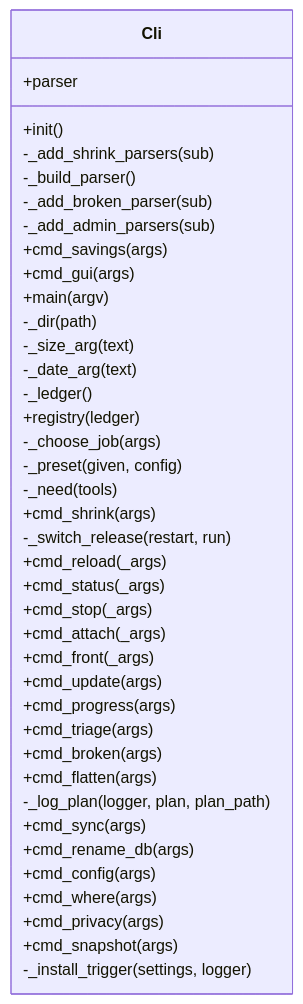
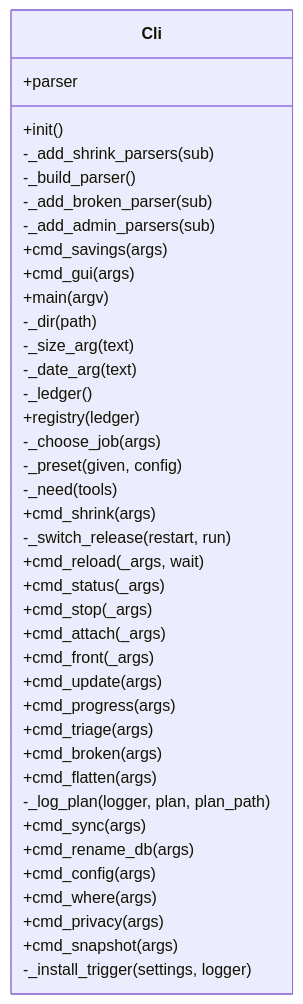
The diagram in docs/img/uml_cli.mmd (peddanet/mediatools), drawn with Mermaid before and after one commit. The commit also changed 42 other files, not shown here.

```diff
--- a/docs/img/uml_cli.mmd
+++ b/docs/img/uml_cli.mmd
@@ -1,41 +1,41 @@
 classDiagram
   direction LR
   class Cli {
     +parser
     +init()
     -_add_shrink_parsers(sub)
     -_build_parser()
     -_add_broken_parser(sub)
     -_add_admin_parsers(sub)
     +cmd_savings(args)
     +cmd_gui(args)
     +main(argv)
     -_dir(path)
     -_size_arg(text)
     -_date_arg(text)
     -_ledger()
     +registry(ledger)
     -_choose_job(args)
     -_preset(given, config)
     -_need(tools)
     +cmd_shrink(args)
     -_switch_release(restart, run)
-    +cmd_reload(_args)
+    +cmd_reload(_args, wait)
     +cmd_status(_args)
     +cmd_stop(_args)
     +cmd_attach(_args)
     +cmd_front(_args)
     +cmd_update(args)
     +cmd_progress(args)
     +cmd_triage(args)
     +cmd_broken(args)
     +cmd_flatten(args)
     -_log_plan(logger, plan, plan_path)
     +cmd_sync(args)
     +cmd_rename_db(args)
     +cmd_config(args)
     +cmd_where(args)
     +cmd_privacy(args)
     +cmd_snapshot(args)
     -_install_trigger(settings, logger)
   }
```
